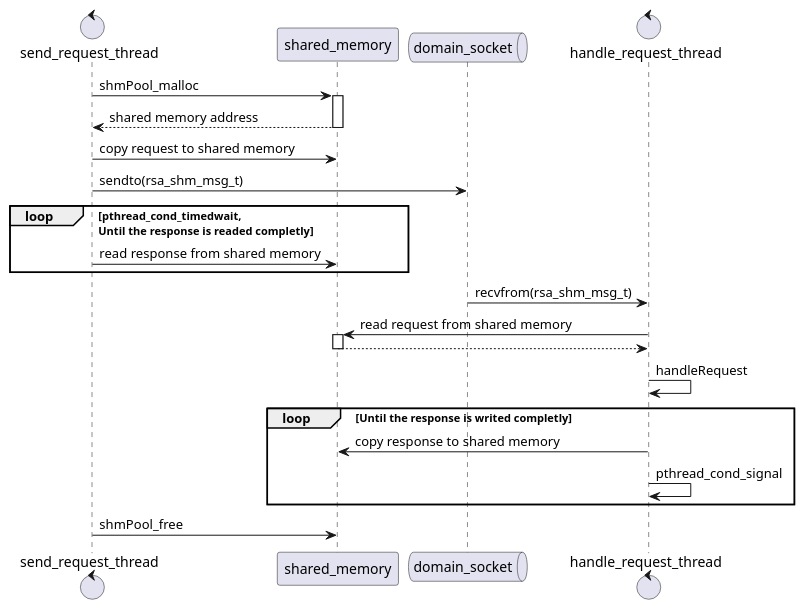
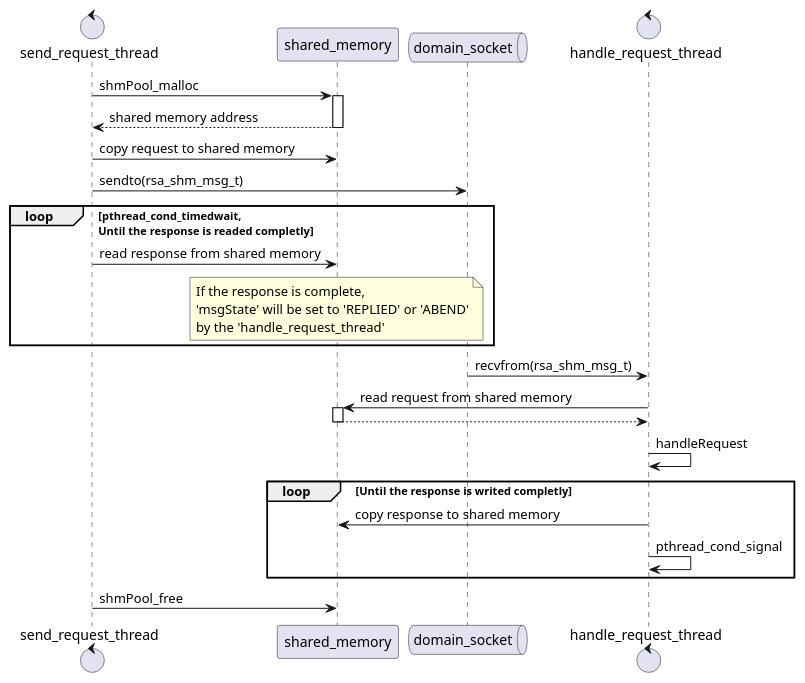
The fourth of 4 diagrams in bundles/remote_services/doc/rsa_shm_v2.adoc (apache/celix), drawn with PlantUML before and after one commit. The commit also changed other lines of this file, not shown here.

```diff
--- a/bundles/remote_services/doc/rsa_shm_v2.adoc
+++ b/bundles/remote_services/doc/rsa_shm_v2.adoc
@@ -135,29 +135,30 @@
 [plantuml]
 ----
 @startuml
 
 control send_request_thread
 participant shared_memory
 queue domain_socket
 control handle_request_thread
 
 send_request_thread->shared_memory ++:shmPool_malloc
 return shared memory address
 send_request_thread->shared_memory:copy request to shared memory
 send_request_thread->domain_socket:sendto(rsa_shm_msg_t)
 loop pthread_cond_timedwait,\nUntil the response is readed completly
     send_request_thread->shared_memory:read response from shared memory
+    note over shared_memory: If the response is complete,\n'msgState' will be set to 'REPLIED' or 'ABEND'\nby the 'handle_request_thread'
 end
 
 domain_socket->handle_request_thread:recvfrom(rsa_shm_msg_t)
 handle_request_thread->shared_memory++:read request from shared memory
 return
 handle_request_thread->handle_request_thread:handleRequest
 loop Until the response is writed completly
     handle_request_thread->shared_memory :copy response to shared memory
     handle_request_thread->handle_request_thread:pthread_cond_signal
 end
 
 send_request_thread->shared_memory :shmPool_free
 @enduml
 ----
```
